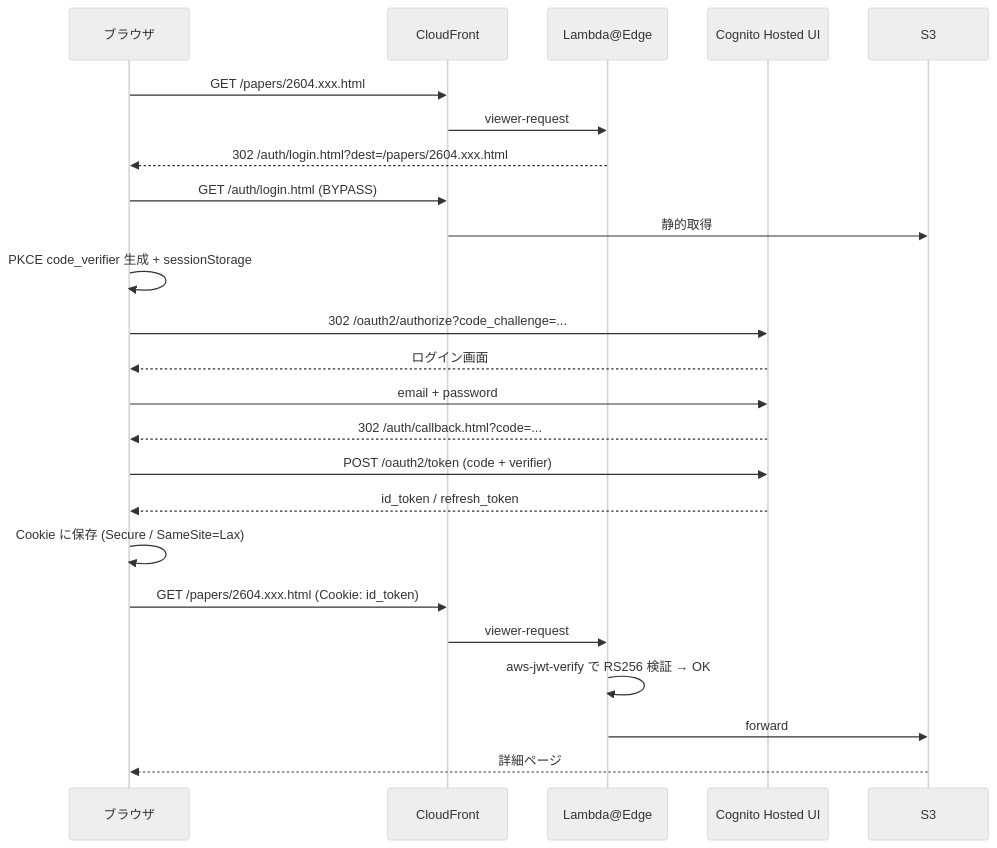
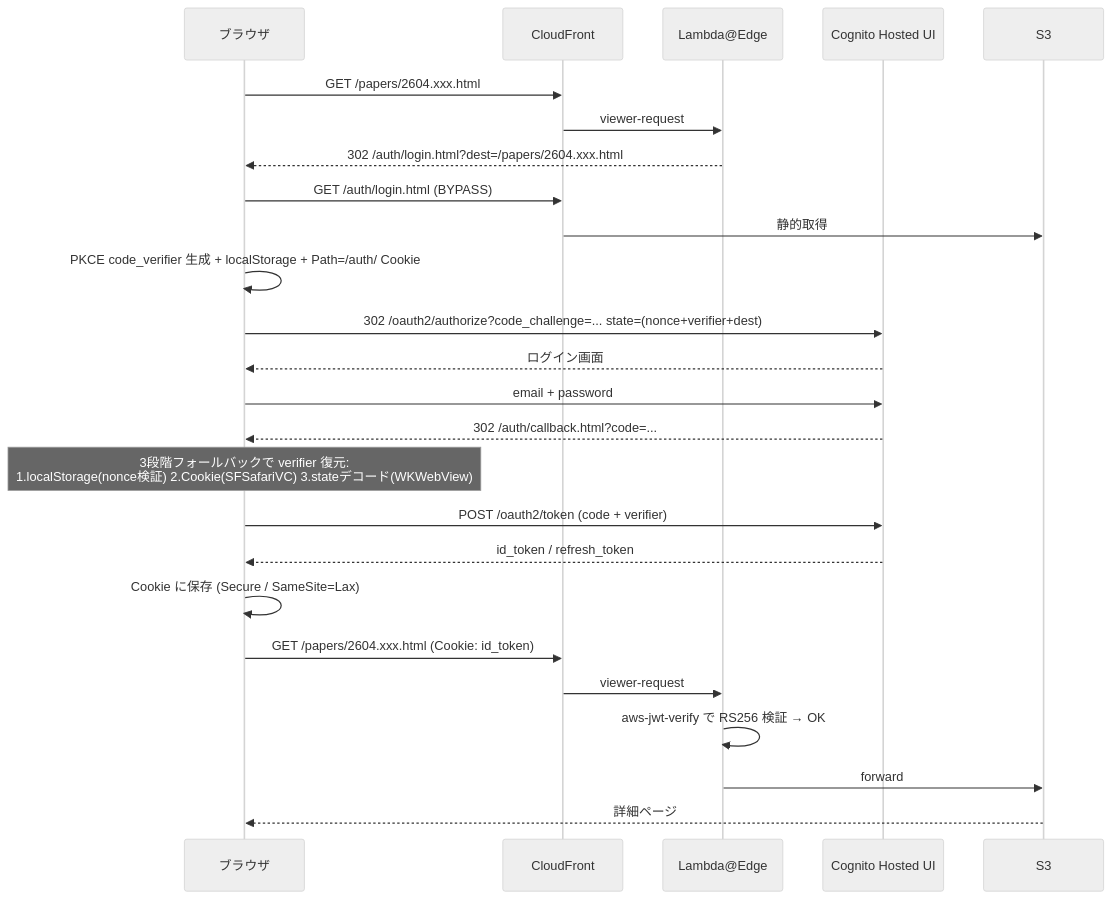
One commit to Shintaro-Abe/ai-papers-digest changed the eighth of 8 diagrams in docs/functional-design.md. Above: the diagram before and after it, drawn with Mermaid (neutral theme). The commit also changed 3 other files, not shown here.

First line of the commit message:
docs: update auth PKCE 3-tier fallback and S3 bucket policy in docs

````diff
--- a/docs/functional-design.md
+++ b/docs/functional-design.md
@@ -871,27 +871,28 @@
 ```mermaid
 sequenceDiagram
     participant U as ブラウザ
     participant CF as CloudFront
     participant E as Lambda@Edge
     participant C as Cognito Hosted UI
     participant S as S3
 
     U->>CF: GET /papers/2604.xxx.html
     CF->>E: viewer-request
     E-->>U: 302 /auth/login.html?dest=/papers/2604.xxx.html
     U->>CF: GET /auth/login.html (BYPASS)
     CF->>S: 静的取得
-    U->>U: PKCE code_verifier 生成 + sessionStorage
-    U->>C: 302 /oauth2/authorize?code_challenge=...
+    U->>U: PKCE code_verifier 生成 + localStorage + Path=/auth/ Cookie
+    U->>C: 302 /oauth2/authorize?code_challenge=... state=(nonce+verifier+dest)
     C-->>U: ログイン画面
     U->>C: email + password
     C-->>U: 302 /auth/callback.html?code=...
+    Note over U: 3段階フォールバックで verifier 復元:<br/>1.localStorage(nonce検証) 2.Cookie(SFSafariVC) 3.stateデコード(WKWebView)
     U->>C: POST /oauth2/token (code + verifier)
     C-->>U: id_token / refresh_token
     U->>U: Cookie に保存 (Secure / SameSite=Lax)
     U->>CF: GET /papers/2604.xxx.html (Cookie: id_token)
     CF->>E: viewer-request
     E->>E: aws-jwt-verify で RS256 検証 → OK
     E->>S: forward
     S-->>U: 詳細ページ
 ```
````
